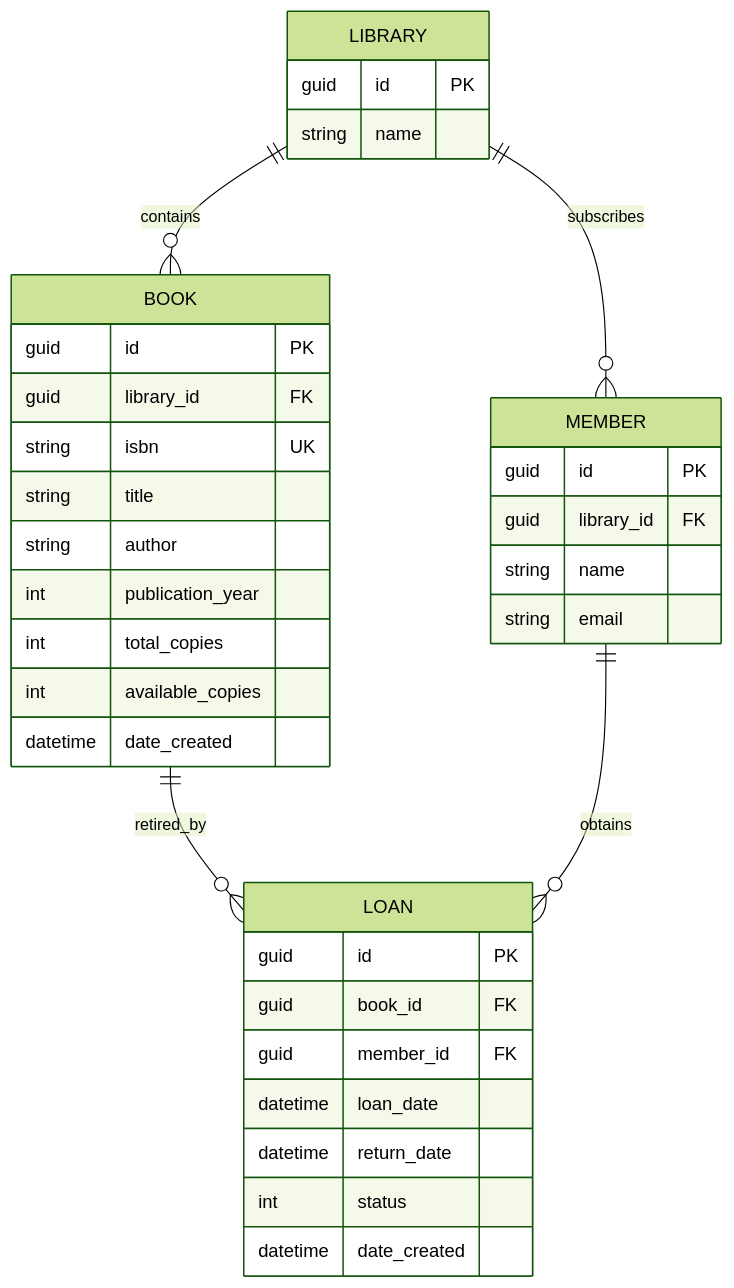
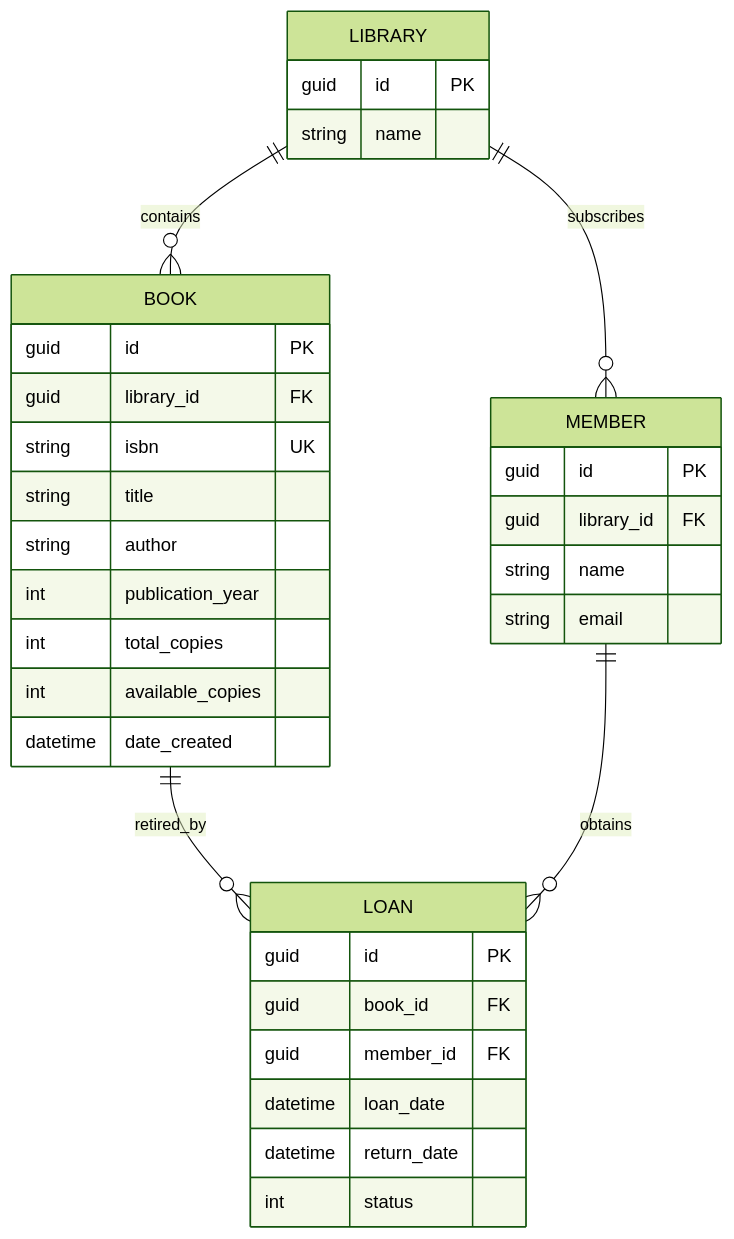
One commit to VSRP97/PruebaTecnicaJikkosoft changed the second of 2 diagrams in README.md. Above: the diagram before and after it, drawn with Mermaid (forest theme).

Commit message:
Modificacion de README.md

````diff
--- a/README.md
+++ b/README.md
@@ -163,38 +163,37 @@
 ```mermaid
 erDiagram
     direction TB
     l[LIBRARY]{
         guid id PK
         string name
     }
     m[MEMBER]{
         guid id PK
         guid library_id FK
         string name
         string email
     }
     b[BOOK]{
         guid id PK
         guid library_id FK
         string isbn UK
         string title
         string author
         int publication_year
         int total_copies
         int available_copies
         datetime date_created
     }
     ln[LOAN]{
         guid id PK
         guid book_id FK
         guid member_id FK
         datetime loan_date
         datetime return_date
         int status
-        datetime date_created
     }
     l ||--}o b : contains
     l ||--}o m : subscribes
     b ||--}o ln : retired_by
     m ||--}o ln : obtains
 ```
````
